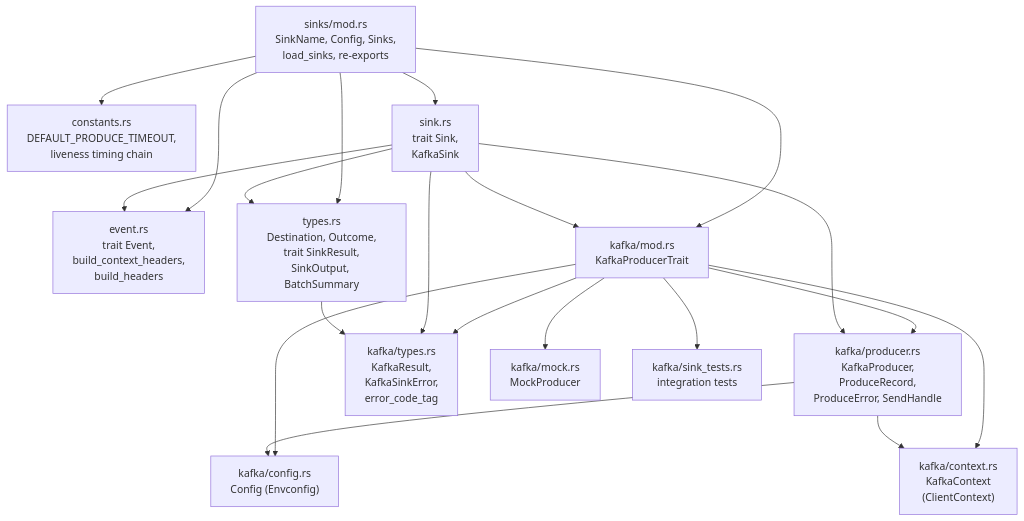
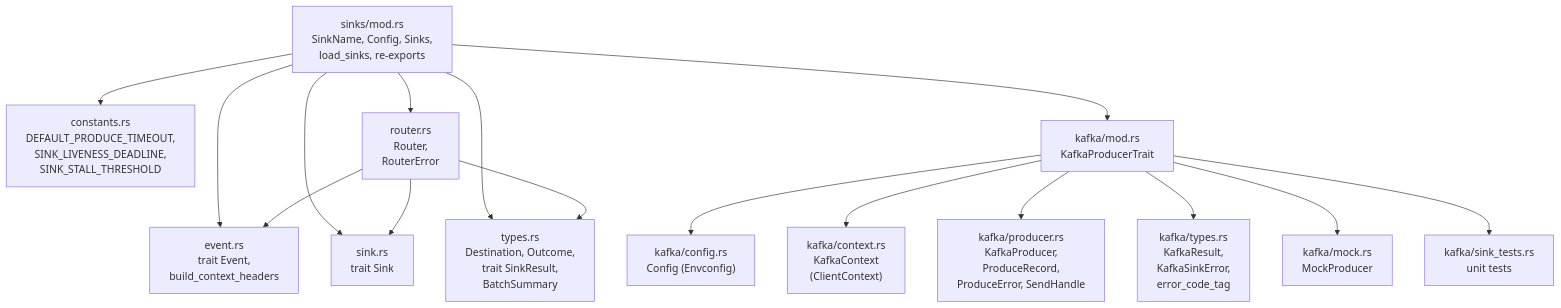
Before and after one commit to garnet-labs/posthog: the first of 6 diagrams in rust/capture/src/v1/sinks/DESIGN.md, drawn with Mermaid. The commit also changed other lines of this file, not shown here.

````diff
--- a/rust/capture/src/v1/sinks/DESIGN.md
+++ b/rust/capture/src/v1/sinks/DESIGN.md
@@ -9,39 +8,35 @@
 ```mermaid
 graph TD
     mod["sinks/mod.rs<br>SinkName, Config, Sinks,<br>load_sinks, re-exports"]
-    constants["constants.rs<br>DEFAULT_PRODUCE_TIMEOUT,<br>liveness timing chain"]
-    event["event.rs<br>trait Event,<br>build_context_headers,<br>build_headers"]
-    sink["sink.rs<br>trait Sink,<br>KafkaSink"]
-    types["types.rs<br>Destination, Outcome,<br>trait SinkResult,<br>SinkOutput, BatchSummary"]
+    constants["constants.rs<br>DEFAULT_PRODUCE_TIMEOUT,<br>SINK_LIVENESS_DEADLINE,<br>SINK_STALL_THRESHOLD"]
+    event["event.rs<br>trait Event,<br>build_context_headers"]
+    sink["sink.rs<br>trait Sink"]
+    types["types.rs<br>Destination, Outcome,<br>trait SinkResult,<br>BatchSummary"]
+    router["router.rs<br>Router,<br>RouterError"]
 
     kmod["kafka/mod.rs<br>KafkaProducerTrait"]
     kconfig["kafka/config.rs<br>Config (Envconfig)"]
     kctx["kafka/context.rs<br>KafkaContext<br>(ClientContext)"]
     kprod["kafka/producer.rs<br>KafkaProducer,<br>ProduceRecord,<br>ProduceError, SendHandle"]
     ktypes["kafka/types.rs<br>KafkaResult,<br>KafkaSinkError,<br>error_code_tag"]
     kmock["kafka/mock.rs<br>MockProducer"]
-    ktests["kafka/sink_tests.rs<br>integration tests"]
+    ktests["kafka/sink_tests.rs<br>unit tests"]
 
     mod --> constants
     mod --> event
     mod --> sink
     mod --> types
+    mod --> router
     mod --> kmod
 
     kmod --> kconfig
     kmod --> kctx
     kmod --> kprod
     kmod --> ktypes
     kmod --> kmock
     kmod --> ktests
 
-    sink --> event
-    sink --> types
-    sink --> kprod
-    sink --> ktypes
-    sink --> kmod
-
-    types --> ktypes
-    kprod --> kconfig
-    kprod --> kctx
+    router --> sink
+    router --> event
+    router --> types
 ```
````
